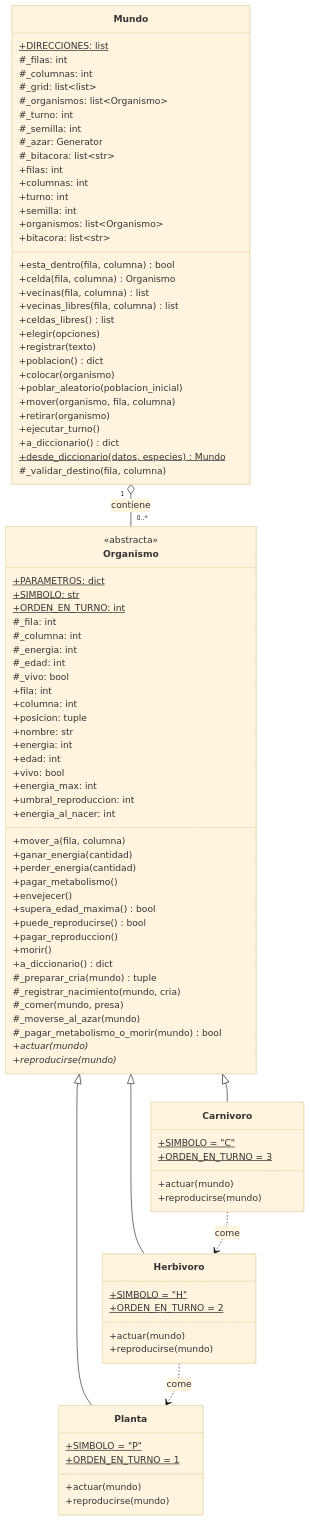
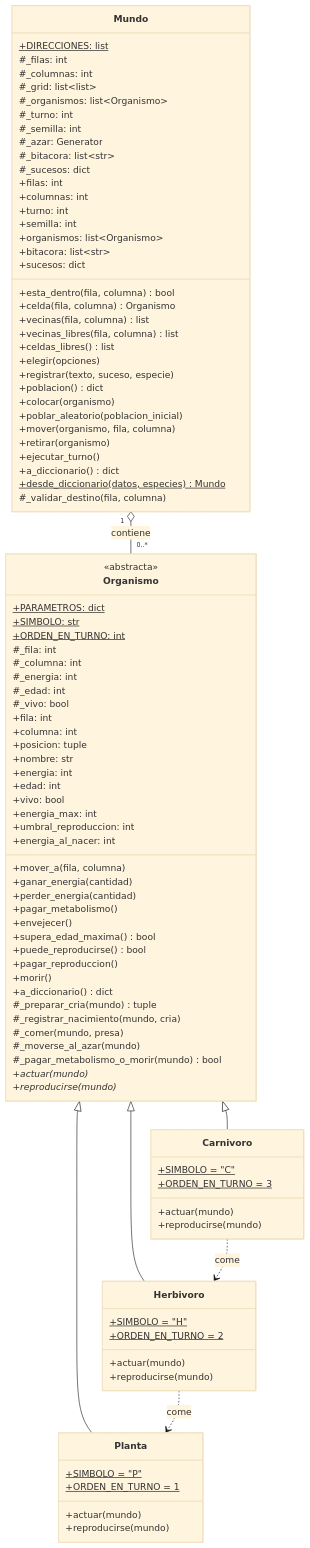
Before and after one commit to torrez-style/ecosistema-simulado: the diagram in docs/diagrama_clases.md, drawn with Mermaid (base theme).

Commit message:
Diagrama de clases: agregar sucesos y registrar(texto, suceso, especie) de Mundo

```diff
--- a/docs/diagrama_clases.md
+++ b/docs/diagrama_clases.md
@@ -77,19 +77,21 @@
         #_semilla: int
         #_azar: Generator
         #_bitacora: list~str~
+        #_sucesos: dict
         +filas: int
         +columnas: int
         +turno: int
         +semilla: int
         +organismos: list~Organismo~
         +bitacora: list~str~
+        +sucesos: dict
         +esta_dentro(fila, columna) bool
         +celda(fila, columna) Organismo
         +vecinas(fila, columna) list
         +vecinas_libres(fila, columna) list
         +celdas_libres() list
         +elegir(opciones)
-        +registrar(texto)
+        +registrar(texto, suceso, especie)
         +poblacion() dict
         +colocar(organismo)
         +poblar_aleatorio(poblacion_inicial)
```
